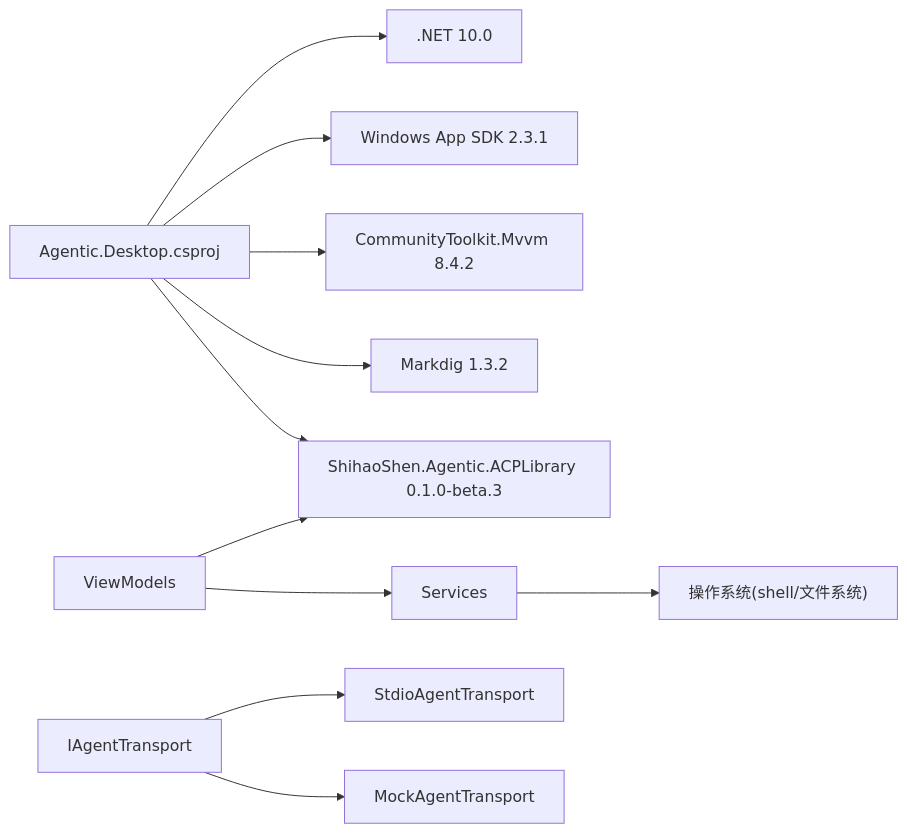
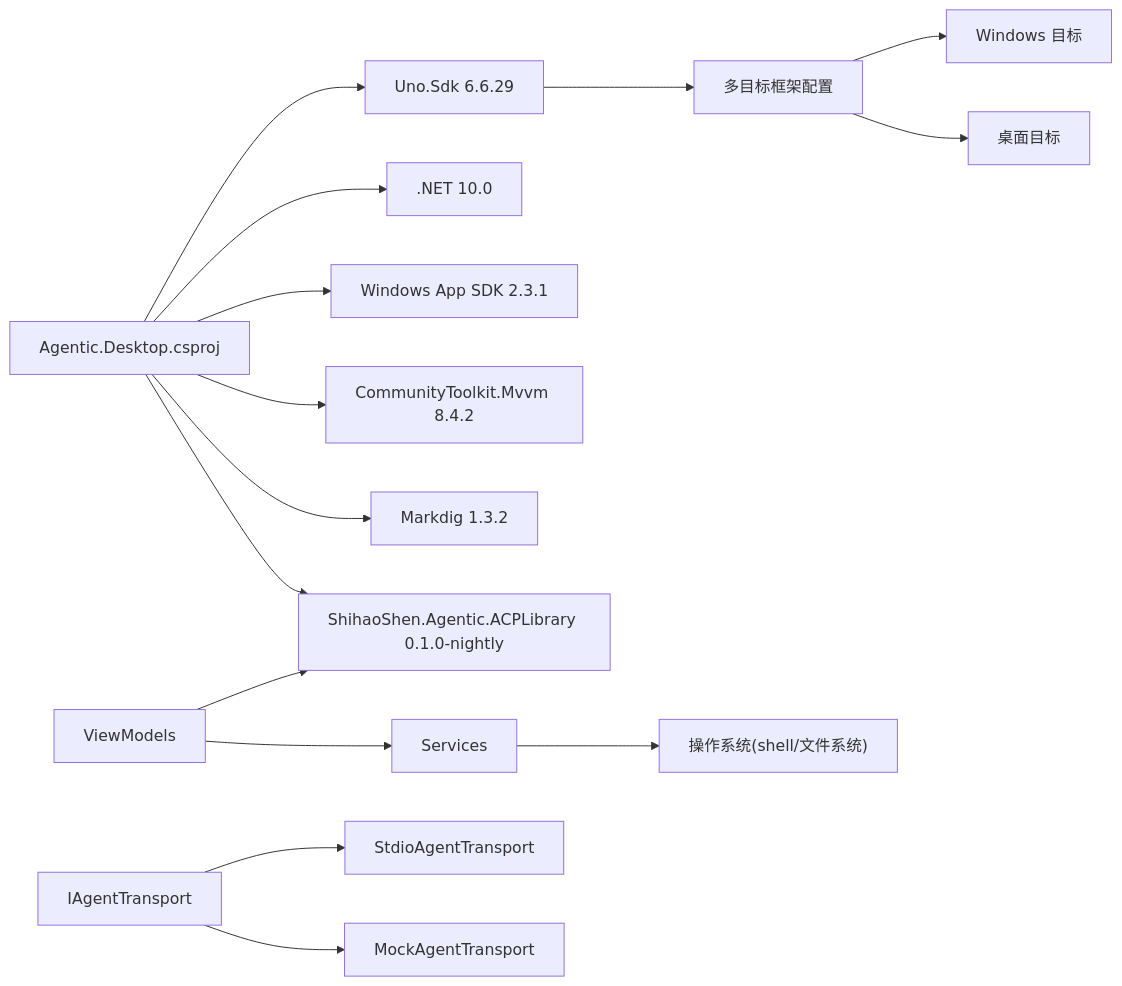
One commit to AgenticDesktop/App changed the ninth of 9 diagrams in .qoder/repowiki/zh/content/项目概述.md. Above: the diagram before and after it, drawn with Mermaid. The commit also changed other lines of this file and 108 other files, not shown here.

First line of the commit message:
Add support for Uno Desktop and WinUI 3 build scripts

````diff
--- a/.qoder/repowiki/zh/content/项目概述.md
+++ b/.qoder/repowiki/zh/content/项目概述.md
@@ -350,13 +475,17 @@
 ```mermaid
 graph LR
-CSProj["Agentic.Desktop.csproj"] --> NET[".NET 10.0"]
+CSProj["Agentic.Desktop.csproj"] --> UNO["Uno.Sdk 6.6.29"]
+CSProj --> NET[".NET 10.0"]
 CSProj --> WSDK["Windows App SDK 2.3.1"]
 CSProj --> CTMVVM["CommunityToolkit.Mvvm 8.4.2"]
 CSProj --> MARKDIG["Markdig 1.3.2"]
-CSProj --> ACPLIB["ShihaoShen.Agentic.ACPLibrary 0.1.0-beta.3"]
+CSProj --> ACPLIB["ShihaoShen.Agentic.ACPLibrary 0.1.0-nightly"]
+UNO --> MULTITARGET["多目标框架配置"]
+MULTITARGET --> WIN["Windows 目标"]
+MULTITARGET --> DESK["桌面目标"]
 VM["ViewModels"] --> ACPLIB
 VM --> SERVICES["Services"]
 SERVICES --> OS["操作系统(shell/文件系统)"]
 TRANSPORT["IAgentTransport"] --> STDIO["StdioAgentTransport"]
 TRANSPORT --> MOCK["MockAgentTransport"]
 ```
````
